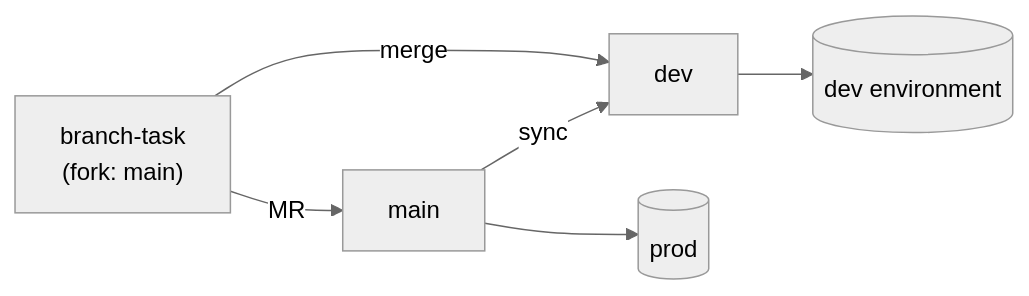
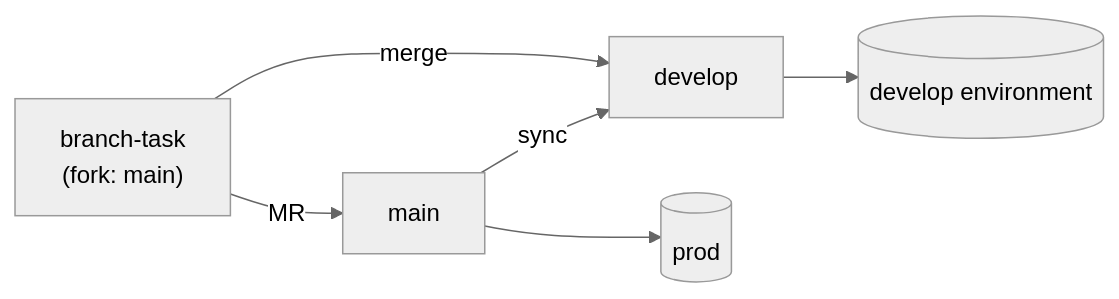
One commit to rosinfotech/standards changed the diagram in standards/git-flow-standard/rule-2610082126.md. Above: the diagram before and after it, drawn with Mermaid (neutral theme). The commit also changed other lines of this file and 48 other files, not shown here.

Commit message:
0.6.0: Changed: The Git Flow Standard renamed to self-describing variant names

````diff
--- a/standards/git-flow-standard/rule-2610082126.md
+++ b/standards/git-flow-standard/rule-2610082126.md
@@ -45,8 +45,8 @@
   ```mermaid
   flowchart LR
-      T["branch-task<br>(fork: main)"] -->|"merge"| D["dev"]
+      T["branch-task<br>(fork: main)"] -->|"merge"| D["develop"]
       T -->|"MR"| M["main"]
       M -->|"sync"| D
-      D --> DE[("dev environment")]
+      D --> DE[("develop environment")]
       M --> PE[("prod")]
   ```
````
